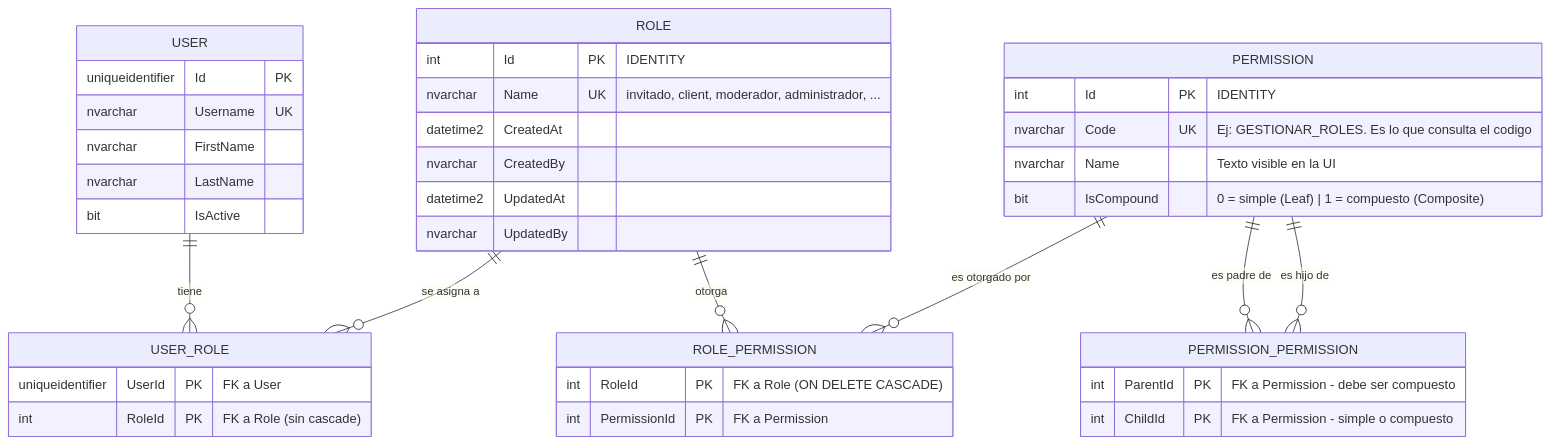
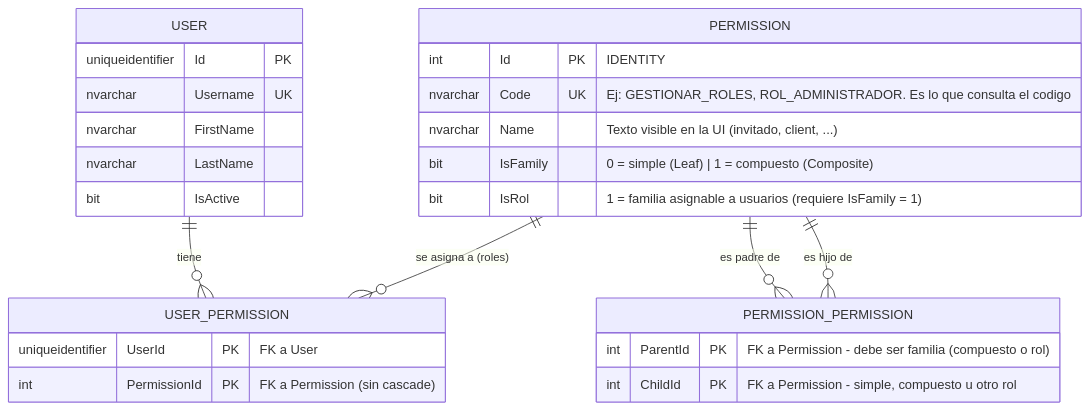
The diagram in docs/ERS - Especificación de Requerimientos Software/DER - Diagrama entidad relación/DER-permisos-composite.md (UAINahueLeandroDefeudi/uai-ing-soft), drawn with Mermaid before and after one commit. The commit also changed other lines of this file and 27 other files, not shown here.

First line of the commit message:
Refactor role management to integrate permissions as composite roles

````diff
--- a/docs/ERS - Especificación de Requerimientos Software/DER - Diagrama entidad relación/DER-permisos-composite.md
+++ b/docs/ERS - Especificación de Requerimientos Software/DER - Diagrama entidad relación/DER-permisos-composite.md
@@ -17,48 +18,33 @@
 ```mermaid
 erDiagram
-    USER ||--o{ USER_ROLE : "tiene"
-    ROLE ||--o{ USER_ROLE : "se asigna a"
-    ROLE ||--o{ ROLE_PERMISSION : "otorga"
-    PERMISSION ||--o{ ROLE_PERMISSION : "es otorgado por"
+    USER ||--o{ USER_PERMISSION : "tiene"
+    PERMISSION ||--o{ USER_PERMISSION : "se asigna a (roles)"
     PERMISSION ||--o{ PERMISSION_PERMISSION : "es padre de"
     PERMISSION ||--o{ PERMISSION_PERMISSION : "es hijo de"
 
     USER {
         uniqueidentifier Id PK
         nvarchar Username UK
         nvarchar FirstName
         nvarchar LastName
         bit IsActive
     }
 
-    ROLE {
-        int Id PK "IDENTITY"
-        nvarchar Name UK "invitado, client, moderador, administrador, ..."
-        datetime2 CreatedAt
-        nvarchar CreatedBy
-        datetime2 UpdatedAt
-        nvarchar UpdatedBy
-    }
-
     PERMISSION {
         int Id PK "IDENTITY"
-        nvarchar Code UK "Ej: GESTIONAR_ROLES. Es lo que consulta el codigo"
-        nvarchar Name "Texto visible en la UI"
-        bit IsCompound "0 = simple (Leaf) | 1 = compuesto (Composite)"
+        nvarchar Code UK "Ej: GESTIONAR_ROLES, ROL_ADMINISTRADOR. Es lo que consulta el codigo"
+        nvarchar Name "Texto visible en la UI (invitado, client, ...)"
+        bit IsFamily "0 = simple (Leaf) | 1 = compuesto (Composite)"
+        bit IsRol "1 = familia asignable a usuarios (requiere IsFamily = 1)"
     }
 
     PERMISSION_PERMISSION {
-        int ParentId PK "FK a Permission - debe ser compuesto"
-        int ChildId PK "FK a Permission - simple o compuesto"
+        int ParentId PK "FK a Permission - debe ser familia (compuesto o rol)"
+        int ChildId PK "FK a Permission - simple, compuesto u otro rol"
     }
 
-    ROLE_PERMISSION {
-        int RoleId PK "FK a Role (ON DELETE CASCADE)"
-        int PermissionId PK "FK a Permission"
-    }
-
-    USER_ROLE {
+    USER_PERMISSION {
         uniqueidentifier UserId PK "FK a User"
-        int RoleId PK "FK a Role (sin cascade)"
+        int PermissionId PK "FK a Permission (sin cascade)"
     }
 ```
````
